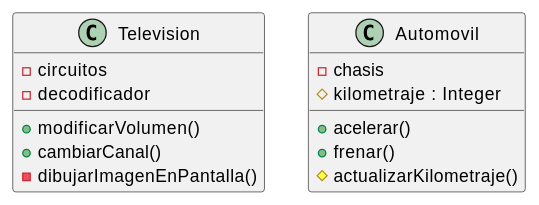
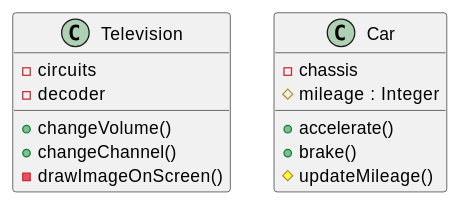
One commit to jcg-admin/IACT-docs changed the diagram in source/base-cognitiva/_uml/uml-05-agregacion-composicion-interfaces/visibilidad.rst. Above: the diagram before and after it, drawn with PlantUML. The commit also changed 16 other files, not shown here.

```diff
--- a/source/base-cognitiva/_uml/uml-05-agregacion-composicion-interfaces/visibilidad.rst
+++ b/source/base-cognitiva/_uml/uml-05-agregacion-composicion-interfaces/visibilidad.rst
@@ -34,20 +34,20 @@
 .. uml::
 
    @startuml
 
    class Television {
-     - circuitos
-     - decodificador
-     + modificarVolumen()
-     + cambiarCanal()
-     - dibujarImagenEnPantalla()
+     - circuits
+     - decoder
+     + changeVolume()
+     + changeChannel()
+     - drawImageOnScreen()
    }
 
-   class Automovil {
-     - chasis
-     # kilometraje : Integer
-     + acelerar()
-     + frenar()
-     # actualizarKilometraje()
+   class Car {
+     - chassis
+     # mileage : Integer
+     + accelerate()
+     + brake()
+     # updateMileage()
    }
    @enduml
```
